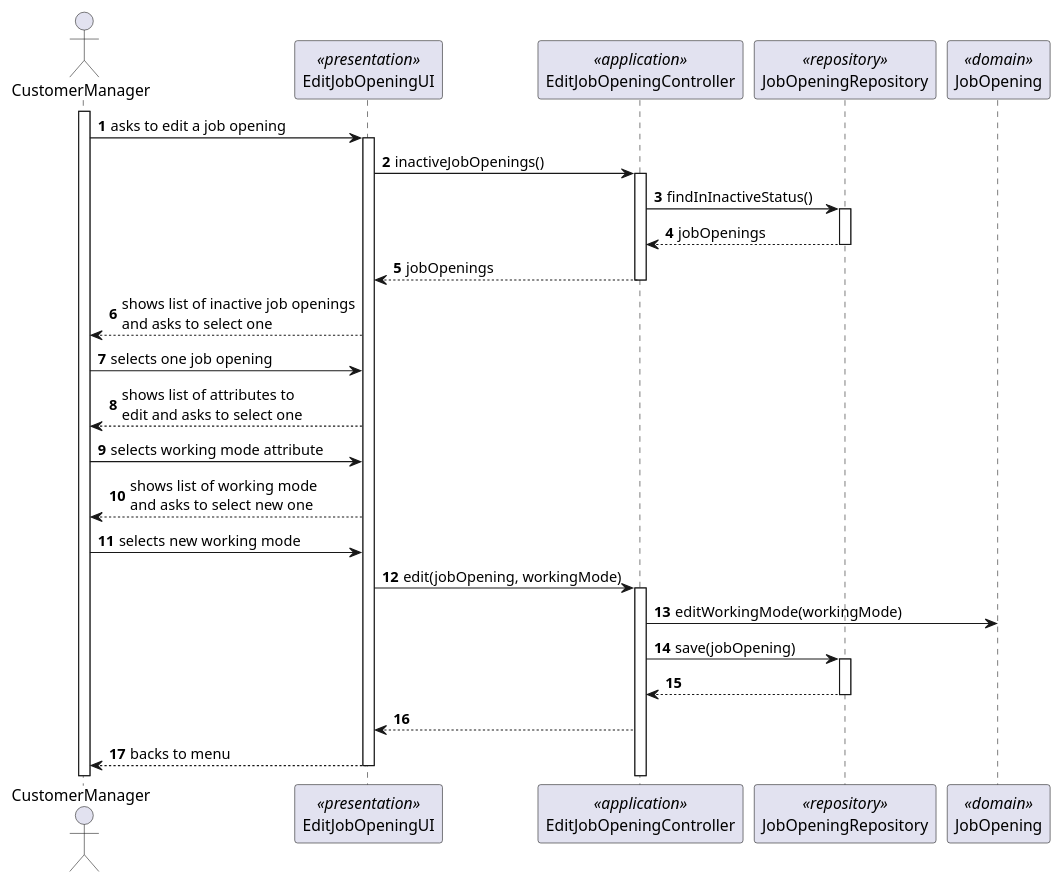
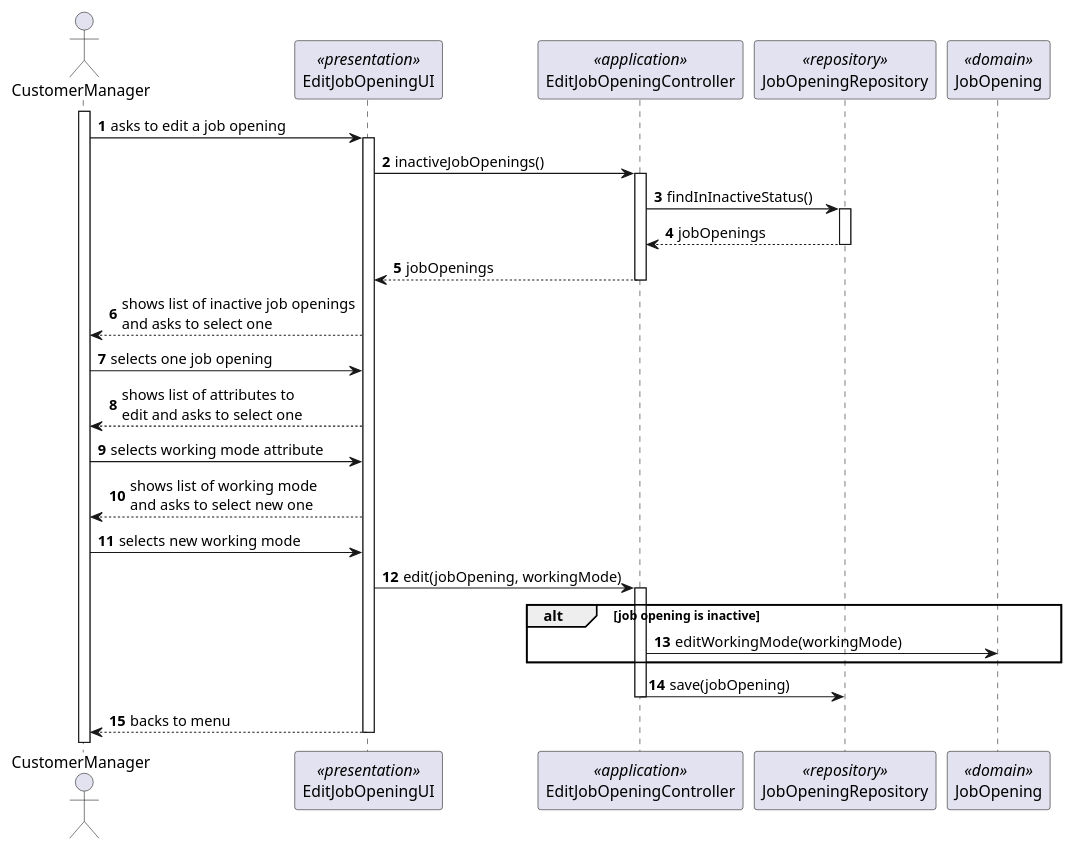
One commit to Rodrick0209/ISEP-SEM4PI-23-24 changed the diagram in docs/SprintC/us1004/SD/SD-Edit-Working-Mode.puml. Above: the diagram before and after it, drawn with PlantUML. The commit also changed 11 other files, not shown here.

Commit message:
US 1004 Design fixed (added alternatives to editing Job Opening in SD) #36

```diff
--- a/docs/SprintC/us1004/SD/SD-Edit-Working-Mode.puml
+++ b/docs/SprintC/us1004/SD/SD-Edit-Working-Mode.puml
@@ -1,40 +1,39 @@
 @startuml
 'https://plantuml.com/sequence-diagram
 
 autonumber
 
 actor CustomerManager
 participant EditJobOpeningUI <<presentation>>
 participant EditJobOpeningController <<application>>
 participant JobOpeningRepository <<repository>>
 participant JobOpening <<domain>>
 
 activate CustomerManager
 CustomerManager -> EditJobOpeningUI : asks to edit a job opening
 activate EditJobOpeningUI
 EditJobOpeningUI -> EditJobOpeningController : inactiveJobOpenings()
 activate EditJobOpeningController
 EditJobOpeningController -> JobOpeningRepository : findInInactiveStatus()
 activate JobOpeningRepository
 JobOpeningRepository --> EditJobOpeningController : jobOpenings
 deactivate JobOpeningRepository
 EditJobOpeningController --> EditJobOpeningUI : jobOpenings
 deactivate EditJobOpeningController
 EditJobOpeningUI --> CustomerManager : shows list of inactive job openings\nand asks to select one
 CustomerManager -> EditJobOpeningUI : selects one job opening
 EditJobOpeningUI --> CustomerManager : shows list of attributes to\nedit and asks to select one
 CustomerManager -> EditJobOpeningUI : selects working mode attribute
 EditJobOpeningUI --> CustomerManager : shows list of working mode\nand asks to select new one
 CustomerManager -> EditJobOpeningUI : selects new working mode
 EditJobOpeningUI -> EditJobOpeningController : edit(jobOpening, workingMode)
 activate EditJobOpeningController
+alt job opening is inactive
 EditJobOpeningController -> JobOpening : editWorkingMode(workingMode)
+end alt
 EditJobOpeningController -> JobOpeningRepository : save(jobOpening)
-activate JobOpeningRepository
-JobOpeningRepository --> EditJobOpeningController :
-deactivate JobOpeningRepository
-EditJobOpeningController --> EditJobOpeningUI :
+deactivate EditJobOpeningController
 EditJobOpeningUI --> CustomerManager : backs to menu
 deactivate EditJobOpeningUI
 
 @enduml
```
